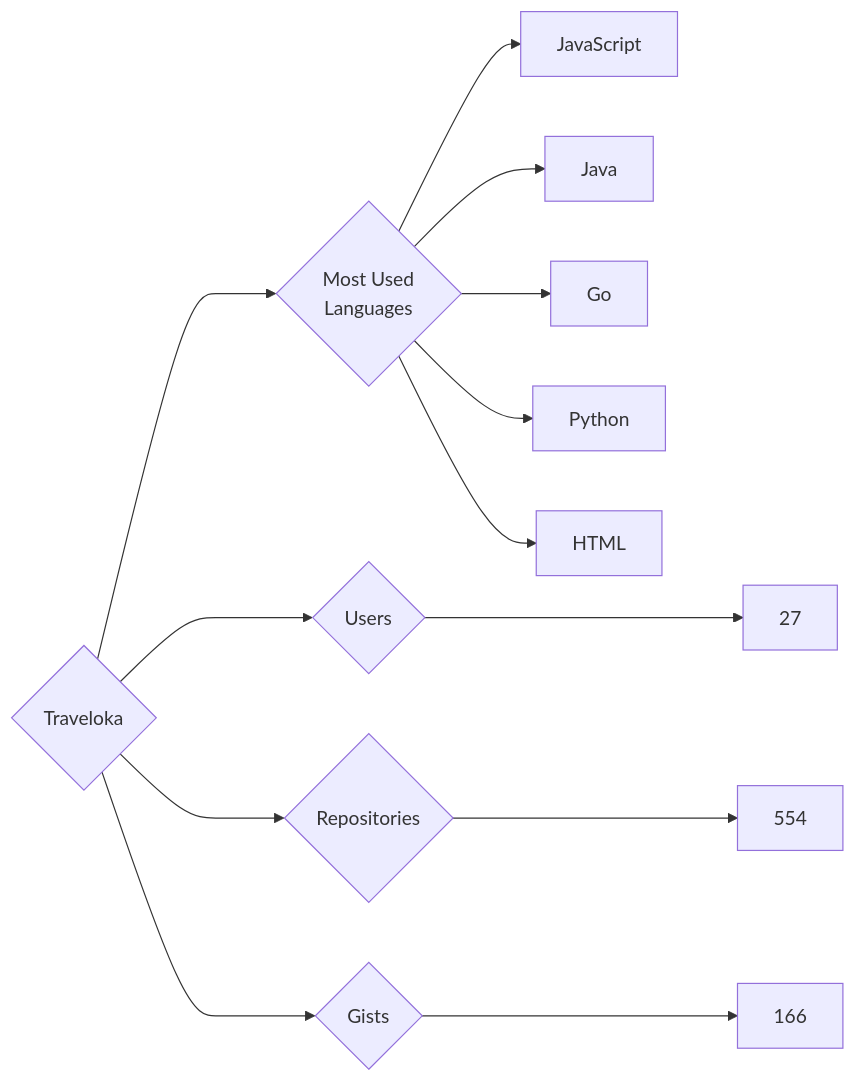
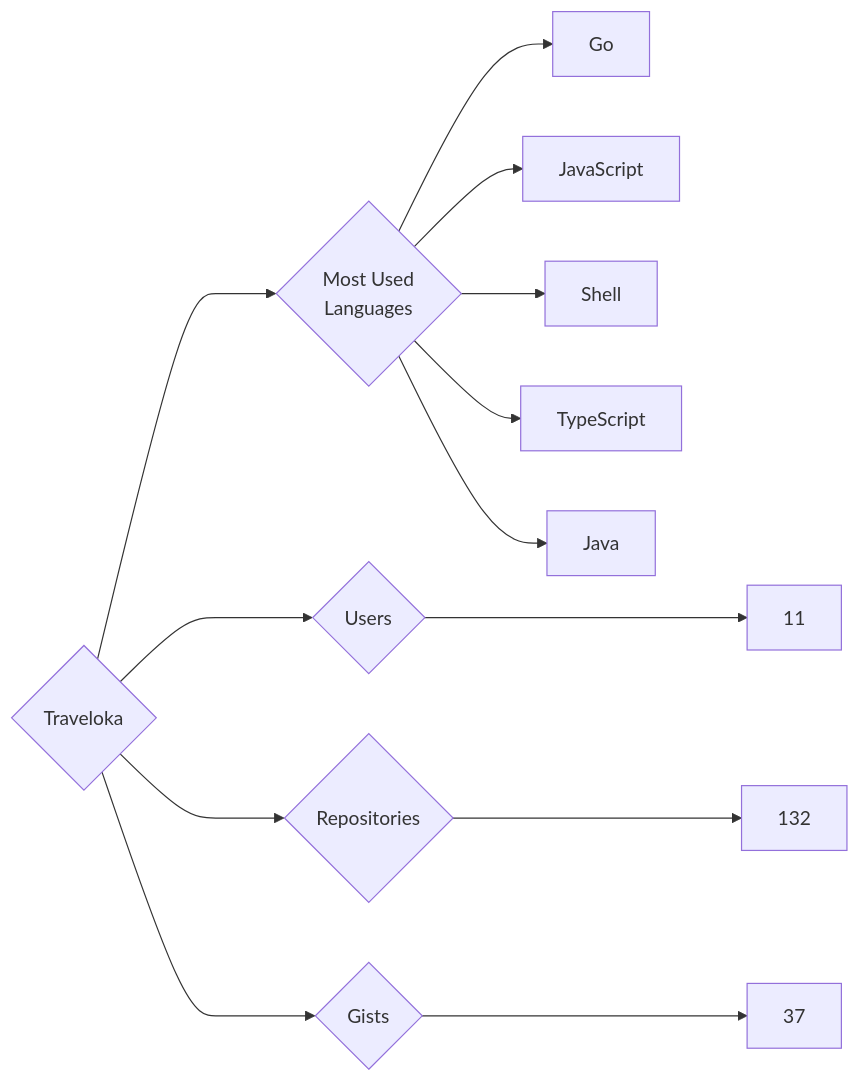
The diagram in targets/Traveloka/README.md (trickest/insiders), drawn with Mermaid before and after one commit. The commit also changed 964 other files, not shown here.

````diff
--- a/targets/Traveloka/README.md
+++ b/targets/Traveloka/README.md
@@ -3,13 +3,13 @@
 ```mermaid
 graph LR
 COMPANY_NAME{Traveloka}
-COMPANY_NAME ---> U{Users} ---> UN[27]
-COMPANY_NAME ---> R{Repositories} ---> RN[554]
-COMPANY_NAME ---> G{Gists} ---> GN[166]
+COMPANY_NAME ---> U{Users} ---> UN[11]
+COMPANY_NAME ---> R{Repositories} ---> RN[132]
+COMPANY_NAME ---> G{Gists} ---> GN[37]
 COMPANY_NAME ---> ML{Most Used<br>Languages}
+ML --> Go[Go]
 ML --> JavaScript[JavaScript]
+ML --> Shell[Shell]
+ML --> TypeScript[TypeScript]
 ML --> Java[Java]
-ML --> Go[Go]
-ML --> Python[Python]
-ML --> HTML[HTML]
 ```
````
